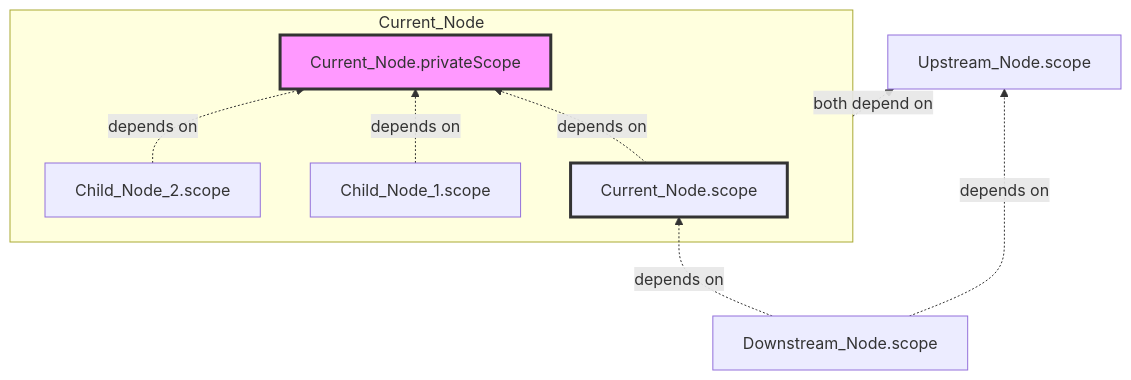
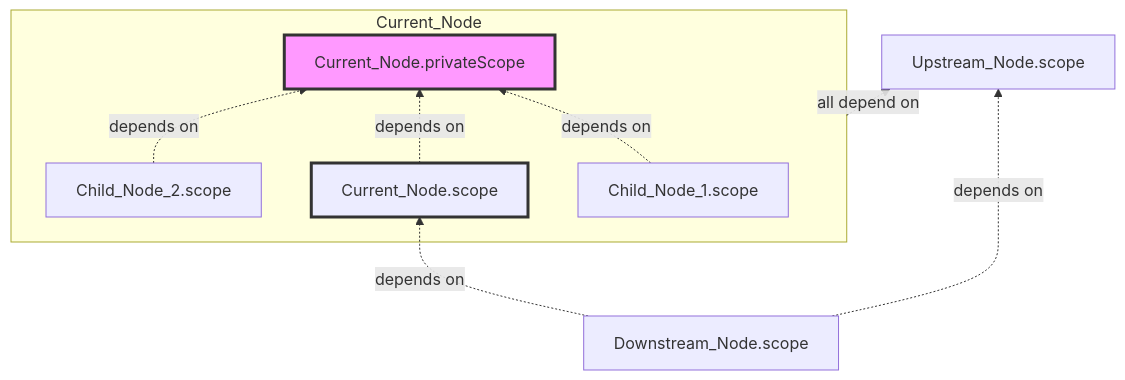
One commit to squallliu/flowgram.ai changed the diagram in apps/docs/src/en/guide/variable/variable-output.mdx. Above: the diagram before and after it, drawn with Mermaid. The commit also changed other lines of this file and 65 other files, not shown here.

````diff
--- a/apps/docs/src/en/guide/variable/variable-output.mdx
+++ b/apps/docs/src/en/guide/variable/variable-output.mdx
@@ -366,16 +364,16 @@
 ```mermaid
 graph BT
   subgraph Current_Node
+    Child_Node_1.scope -.depends on.-> Current_Node.privateScope
     Current_Node.scope -.depends on.-> Current_Node.privateScope
-    Child_Node_1.scope -.depends on.-> Current_Node.privateScope
     Child_Node_2.scope -.depends on.-> Current_Node.privateScope
   end
 
-  Current_Node -.both depend on.-> Upstream_Node.scope
+  Current_Node -.all depend on.-> Upstream_Node.scope
   Downstream_Node.scope -.depends on.-> Current_Node.scope
   Downstream_Node.scope -.depends on.-> Upstream_Node.scope
 
 
   style Current_Node.privateScope fill:#f9f,stroke:#333,stroke-width:3px
   style Current_Node.scope stroke:#333,stroke-width:3px
 ```
````
